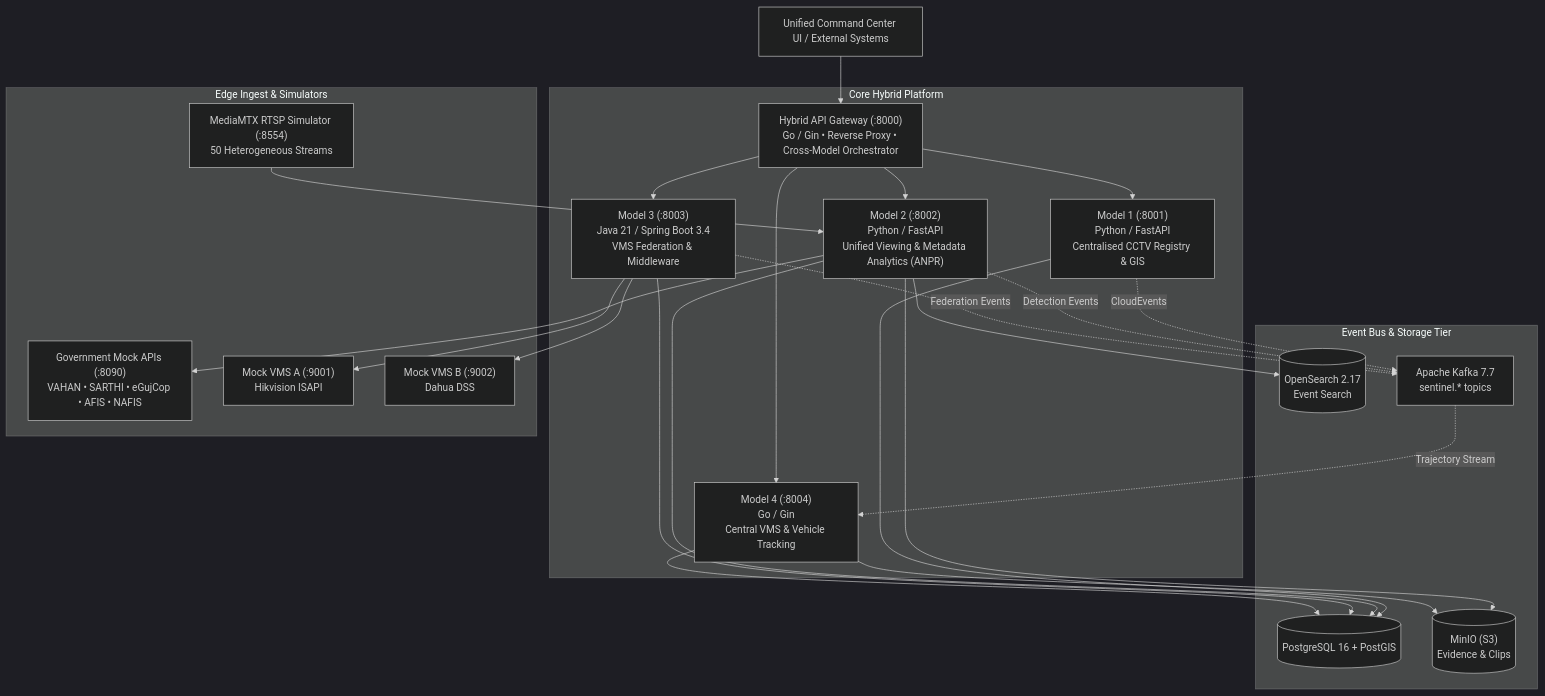
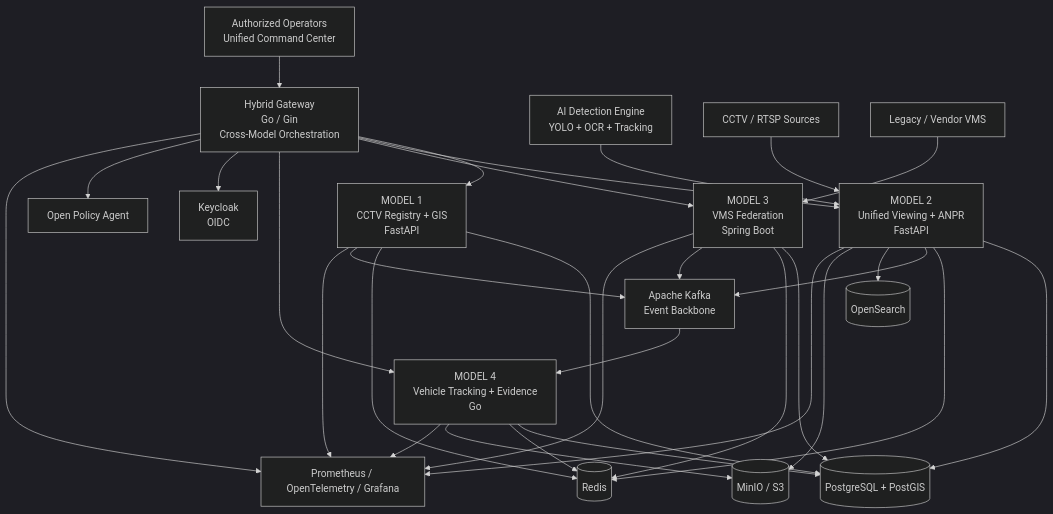
One commit to Bhargav-2007/Sentinel-Hybrid changed the first of 3 diagrams in README.md. Above: the diagram before and after it, drawn with Mermaid (dark theme). The commit also changed other lines of this file, not shown here.

````diff
--- a/README.md
+++ b/README.md
@@ -14,33 +192,76 @@
 ```mermaid
-graph TB
-    Client["Unified Command Center UI / External Systems"] --> GW["Hybrid API Gateway (:8000)<br/>Go / Gin • Reverse Proxy • Cross-Model Orchestrator"]
-    
-    subgraph "Core Hybrid Platform"
-        GW --> M1["Model 1 (:8001)<br/>Python / FastAPI<br/>Centralised CCTV Registry & GIS"]
-        GW --> M2["Model 2 (:8002)<br/>Python / FastAPI<br/>Unified Viewing & Metadata Analytics (ANPR)"]
-        GW --> M3["Model 3 (:8003)<br/>Java 21 / Spring Boot 3.4<br/>VMS Federation & Middleware"]
-        GW --> M4["Model 4 (:8004)<br/>Go / Gin<br/>Central VMS & Vehicle Tracking"]
-    end
-    
-    subgraph "Event Bus & Storage Tier"
-        M1 --> PG[("PostgreSQL 16 + PostGIS")]
-        M2 --> PG
-        M3 --> PG
-        M4 --> PG
-        M2 --> OS[("OpenSearch 2.17<br/>Event Search")]
-        M2 --> S3[("MinIO (S3)<br/>Evidence & Clips")]
-        M4 --> S3
-        
-        M1 -.->|CloudEvents| KF["Apache Kafka 7.7<br/>sentinel.* topics"]
-        M2 -.->|Detection Events| KF
-        KF -.->|Trajectory Stream| M4
-        M3 -.->|Federation Events| KF
-    end
-    
-    subgraph "Edge Ingest & Simulators"
-        SIM["MediaMTX RTSP Simulator (:8554)<br/>50 Heterogeneous Streams"] --> M2
-        M2 --> EXT["Government Mock APIs (:8090)<br/>VAHAN • SARTHI • eGujCop • AFIS • NAFIS"]
-        M3 --> VMS_A["Mock VMS A (:9001)<br/>Hikvision ISAPI"]
-        M3 --> VMS_B["Mock VMS B (:9002)<br/>Dahua DSS"]
-    end
+flowchart TB
+
+    USER["Authorized Operators<br/>Unified Command Center"]
+
+    GW["Hybrid Gateway<br/>Go / Gin<br/>Cross-Model Orchestration"]
+
+    M1["MODEL 1<br/>CCTV Registry + GIS<br/>FastAPI"]
+
+    M2["MODEL 2<br/>Unified Viewing + ANPR<br/>FastAPI"]
+
+    M3["MODEL 3<br/>VMS Federation<br/>Spring Boot"]
+
+    M4["MODEL 4<br/>Vehicle Tracking + Evidence<br/>Go"]
+
+    AI["AI Detection Engine<br/>YOLO + OCR + Tracking"]
+
+    CAM["CCTV / RTSP Sources"]
+
+    VMS["Legacy / Vendor VMS"]
+
+    KAFKA["Apache Kafka<br/>Event Backbone"]
+
+    PG[("PostgreSQL + PostGIS")]
+
+    OS[("OpenSearch")]
+
+    S3[("MinIO / S3")]
+
+    REDIS[("Redis")]
+
+    KC["Keycloak<br/>OIDC"]
+
+    OPA["Open Policy Agent"]
+
+    OBS["Prometheus / OpenTelemetry / Grafana"]
+
+    USER --> GW
+
+    GW --> M1
+    GW --> M2
+    GW --> M3
+    GW --> M4
+
+    CAM --> M2
+    VMS --> M3
+    AI --> M2
+
+    M1 --> PG
+    M2 --> PG
+    M3 --> PG
+    M4 --> PG
+
+    M1 --> REDIS
+    M2 --> REDIS
+    M3 --> REDIS
+    M4 --> REDIS
+
+    M1 --> KAFKA
+    M2 --> KAFKA
+    M3 --> KAFKA
+    KAFKA --> M4
+
+    M2 --> OS
+    M2 --> S3
+    M4 --> S3
+
+    GW --> KC
+    GW --> OPA
+
+    M1 --> OBS
+    M2 --> OBS
+    M3 --> OBS
+    M4 --> OBS
+    GW --> OBS
 ```
````
